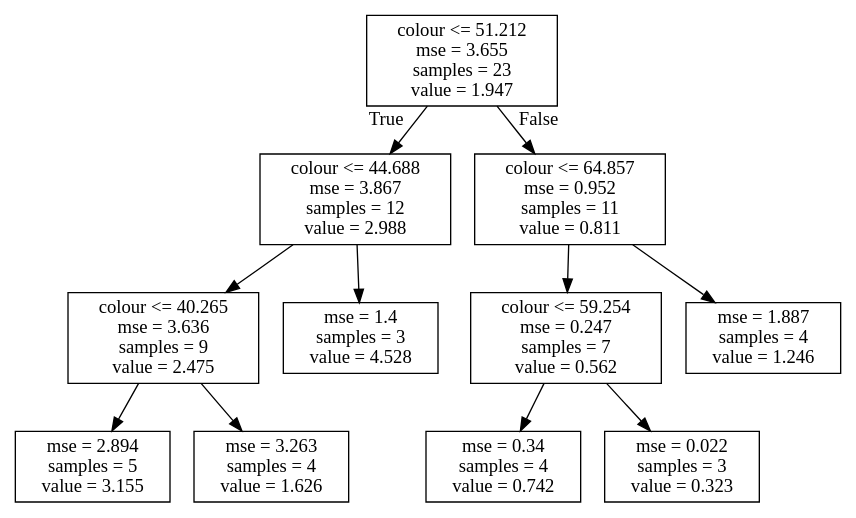
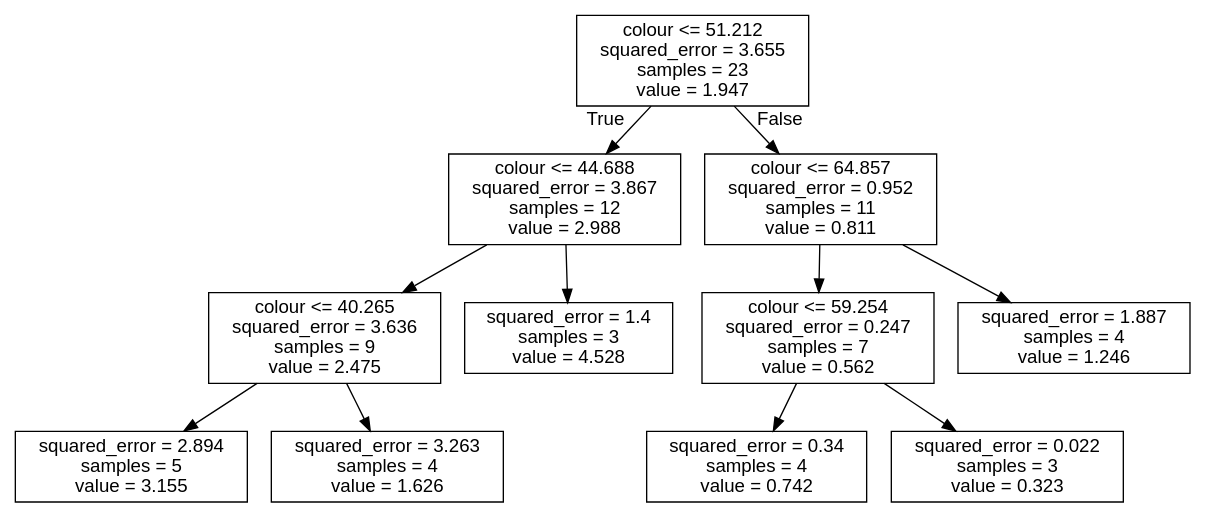
The diagram in Norway_Morsa/BayesianNetwork/Figures/Discretization_regTrees/Pairwise/DotFiles/metno_6Mseasons_cyano-colour.dot (NIVANorge/seasonal_forecasting_watexr), drawn with Graphviz before and after one commit. The commit also changed 113 other files, not shown here.

```diff
--- a/Norway_Morsa/BayesianNetwork/Figures/Discretization_regTrees/Pairwise/DotFiles/metno_6Mseasons_cyano-colour.dot
+++ b/Norway_Morsa/BayesianNetwork/Figures/Discretization_regTrees/Pairwise/DotFiles/metno_6Mseasons_cyano-colour.dot
@@ -1,24 +1,25 @@
 digraph Tree {
-node [shape=box] ;
-0 [label="colour <= 51.212\nmse = 3.655\nsamples = 23\nvalue = 1.947"] ;
-1 [label="colour <= 44.688\nmse = 3.867\nsamples = 12\nvalue = 2.988"] ;
+node [shape=box, fontname="helvetica"] ;
+edge [fontname="helvetica"] ;
+0 [label="colour <= 51.212\nsquared_error = 3.655\nsamples = 23\nvalue = 1.947"] ;
+1 [label="colour <= 44.688\nsquared_error = 3.867\nsamples = 12\nvalue = 2.988"] ;
 0 -> 1 [labeldistance=2.5, labelangle=45, headlabel="True"] ;
-3 [label="colour <= 40.265\nmse = 3.636\nsamples = 9\nvalue = 2.475"] ;
+3 [label="colour <= 40.265\nsquared_error = 3.636\nsamples = 9\nvalue = 2.475"] ;
 1 -> 3 ;
-5 [label="mse = 2.894\nsamples = 5\nvalue = 3.155"] ;
+5 [label="squared_error = 2.894\nsamples = 5\nvalue = 3.155"] ;
 3 -> 5 ;
-6 [label="mse = 3.263\nsamples = 4\nvalue = 1.626"] ;
+6 [label="squared_error = 3.263\nsamples = 4\nvalue = 1.626"] ;
 3 -> 6 ;
-4 [label="mse = 1.4\nsamples = 3\nvalue = 4.528"] ;
+4 [label="squared_error = 1.4\nsamples = 3\nvalue = 4.528"] ;
 1 -> 4 ;
-2 [label="colour <= 64.857\nmse = 0.952\nsamples = 11\nvalue = 0.811"] ;
+2 [label="colour <= 64.857\nsquared_error = 0.952\nsamples = 11\nvalue = 0.811"] ;
 0 -> 2 [labeldistance=2.5, labelangle=-45, headlabel="False"] ;
-7 [label="colour <= 59.254\nmse = 0.247\nsamples = 7\nvalue = 0.562"] ;
+7 [label="colour <= 59.254\nsquared_error = 0.247\nsamples = 7\nvalue = 0.562"] ;
 2 -> 7 ;
-9 [label="mse = 0.34\nsamples = 4\nvalue = 0.742"] ;
+9 [label="squared_error = 0.34\nsamples = 4\nvalue = 0.742"] ;
 7 -> 9 ;
-10 [label="mse = 0.022\nsamples = 3\nvalue = 0.323"] ;
+10 [label="squared_error = 0.022\nsamples = 3\nvalue = 0.323"] ;
 7 -> 10 ;
-8 [label="mse = 1.887\nsamples = 4\nvalue = 1.246"] ;
+8 [label="squared_error = 1.887\nsamples = 4\nvalue = 1.246"] ;
 2 -> 8 ;
 }
```
